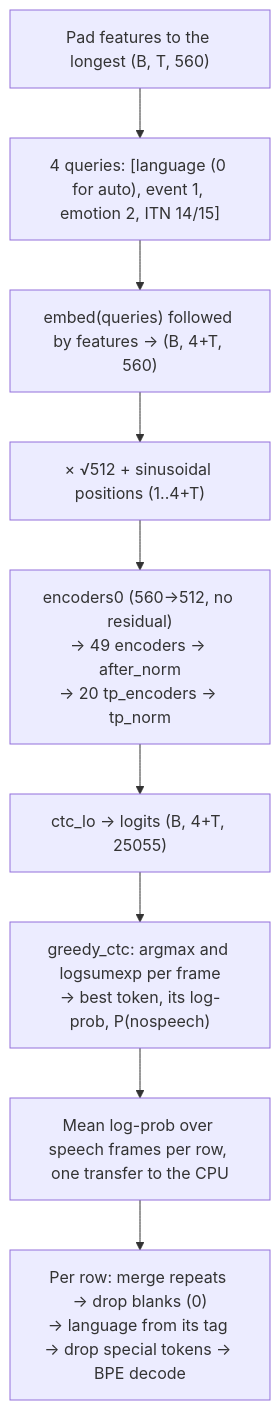
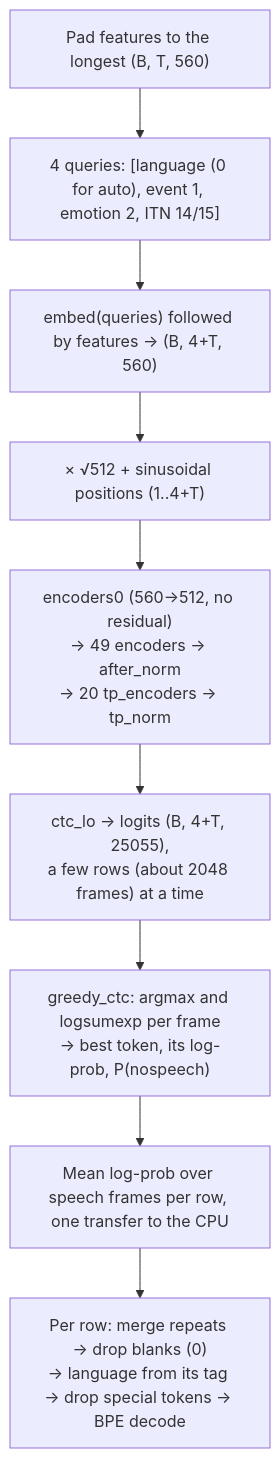
The ninth of 10 diagrams in docs/architecture.md (sjjeong94/asrback), drawn with Mermaid before and after one commit. The commit also changed other lines of this file and 1 other file, not shown here.

````diff
--- a/docs/architecture.md
+++ b/docs/architecture.md
@@ -356,11 +356,11 @@
 ```mermaid
 flowchart TD
     A["Pad features to the longest (B, T, 560)"] --> B["4 queries: [language (0 for auto), event 1, emotion 2, ITN 14/15]"]
     B --> C["embed(queries) followed by features → (B, 4+T, 560)"]
     C --> D["× √512 + sinusoidal positions (1..4+T)"]
     D --> E["encoders0 (560→512, no residual)<br/>→ 49 encoders → after_norm<br/>→ 20 tp_encoders → tp_norm"]
-    E --> F["ctc_lo → logits (B, 4+T, 25055)"]
+    E --> F["ctc_lo → logits (B, 4+T, 25055),<br/>a few rows (about 2048 frames) at a time"]
     F --> G["greedy_ctc: argmax and logsumexp per frame<br/>→ best token, its log-prob, P(nospeech)"]
     G --> H["Mean log-prob over speech frames per row, one transfer to the CPU"]
     H --> I["Per row: merge repeats → drop blanks (0)<br/>→ language from its tag → drop special tokens → BPE decode"]
 ```
````
